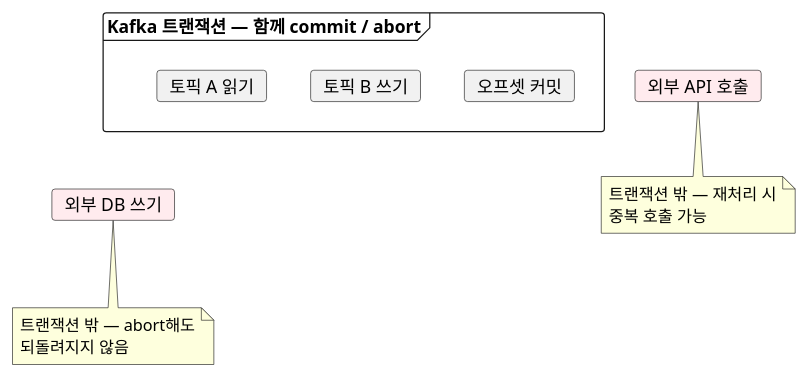
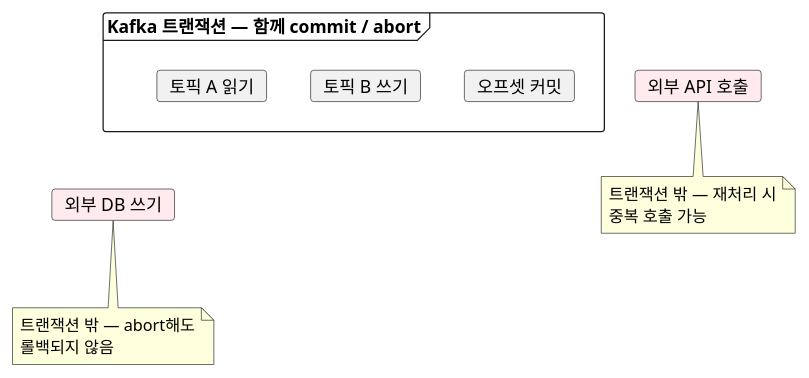
Before and after one commit to johnycho/johny-dev: the sixth of 7 diagrams in blog/2026-08-18-kafka-transactions-exactly-once.mdx, drawn with PlantUML. The commit also changed other lines of this file and 86 other files, not shown here.

````diff
--- a/blog/2026-08-18-kafka-transactions-exactly-once.mdx
+++ b/blog/2026-08-18-kafka-transactions-exactly-once.mdx
@@ -300,18 +300,18 @@
 ```plantuml
 @startuml
 skinparam shadowing false
 skinparam DefaultFontName sans-serif
 frame "Kafka 트랜잭션 — 함께 commit / abort" as TX {
   card "토픽 A 읽기" as A
   card "토픽 B 쓰기" as B
   card "오프셋 커밋" as O
 }
 card "외부 DB 쓰기" as DB #FFEBEE
 card "외부 API 호출" as API #FFEBEE
 A -[hidden]right- B
 B -[hidden]right- O
 TX -[hidden]down- DB
-note bottom of DB : 트랜잭션 밖 — abort해도\n되돌려지지 않음
+note bottom of DB : 트랜잭션 밖 — abort해도\n롤백되지 않음
 note bottom of API : 트랜잭션 밖 — 재처리 시\n중복 호출 가능
 @enduml
 ```
````
